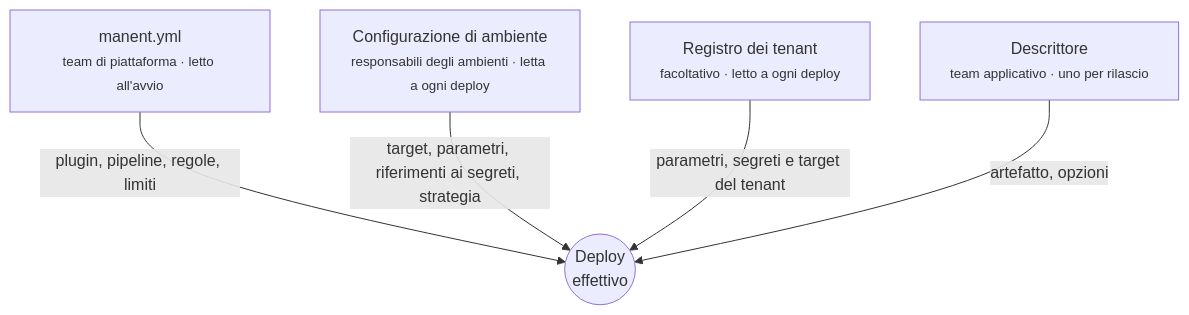
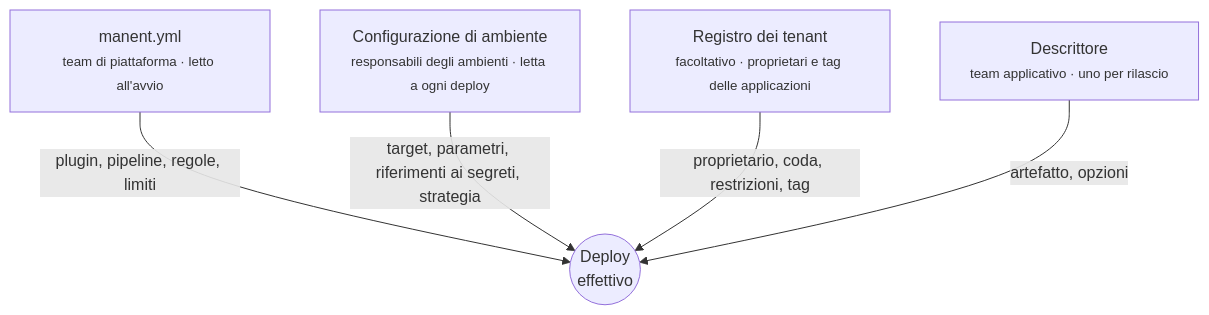
One commit to manent-deployer/manent changed the diagram in docs/content/concetti/configurazione.it.md. Above: the diagram before and after it, drawn with Mermaid. The commit also changed other lines of this file and 136 other files, not shown here.

Commit message:
Tenant come team proprietario: registro tenants.yml con applicazioni e tag, coda e restrizioni del team, ruoli impliciti, selettori sui tag delle applicazioni, isolamento tra tenant; rimosse le copie per cliente; UC24 e UC25 riscritti

````diff
--- a/docs/content/concetti/configurazione.it.md
+++ b/docs/content/concetti/configurazione.it.md
@@ -5,11 +5,11 @@
 ```mermaid
 flowchart TB
     M["manent.yml<br/><small>team di piattaforma · letto all'avvio</small>"]
     E["Configurazione di ambiente<br/><small>responsabili degli ambienti · letta a ogni deploy</small>"]
-    T["Registro dei tenant<br/><small>facoltativo · letto a ogni deploy</small>"]
+    T["Registro dei tenant<br/><small>facoltativo · proprietari e tag delle applicazioni</small>"]
     D["Descrittore<br/><small>team applicativo · uno per rilascio</small>"]
     M -->|plugin, pipeline, regole, limiti| X(("Deploy<br/>effettivo"))
     E -->|target, parametri, riferimenti ai segreti, strategia| X
-    T -->|parametri, segreti e target del tenant| X
+    T -->|proprietario, coda, restrizioni, tag| X
     D -->|artefatto, opzioni| X
 ```
````
